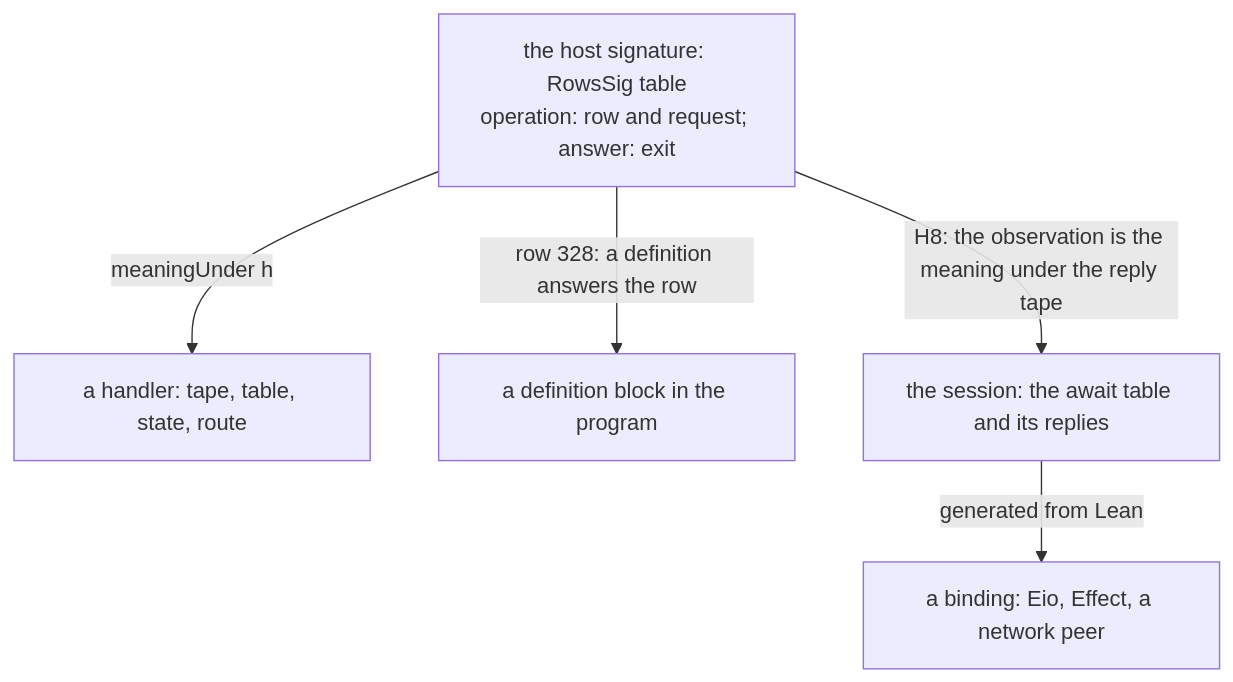
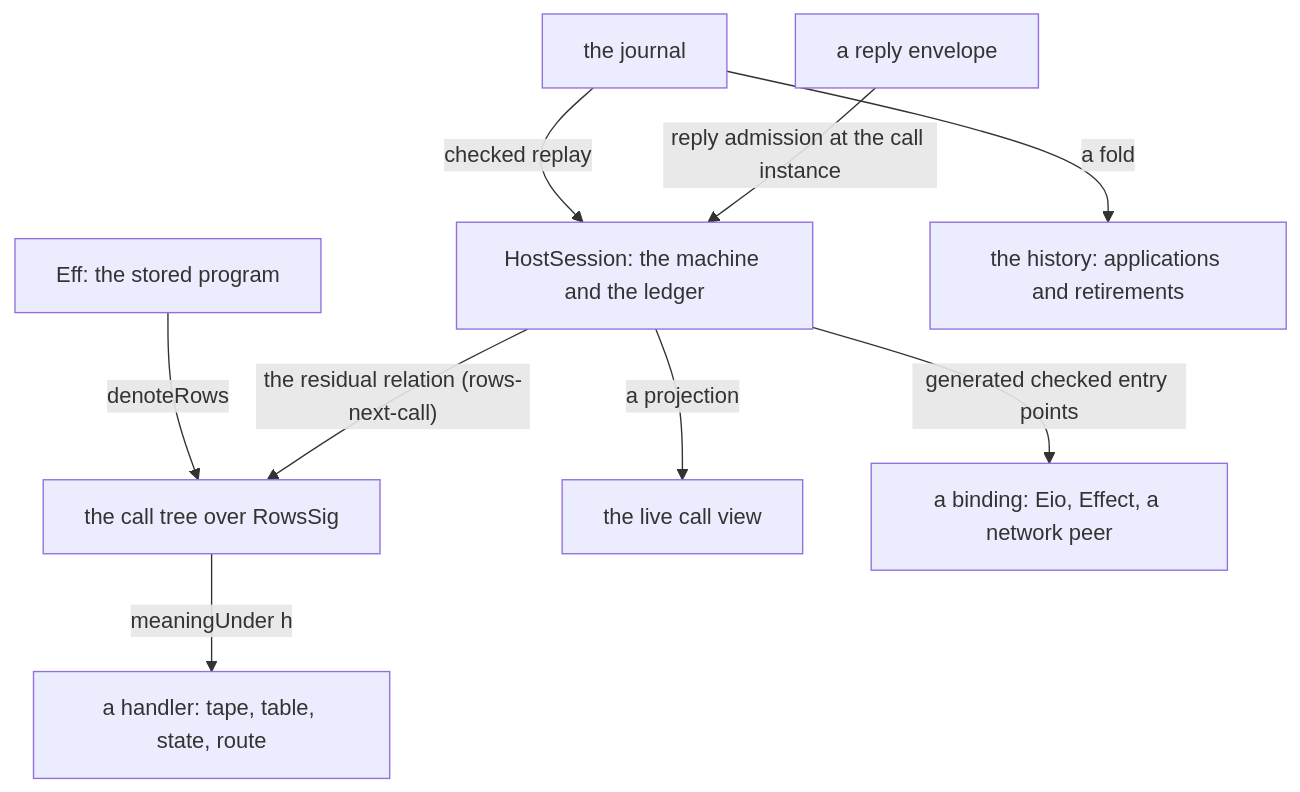
One commit to pure-algebra/lean4-effect4 changed the diagram in docs/research/2026-10-09-host-calls-and-cleanup.md. Above: the diagram before and after it, drawn with Mermaid. The commit also changed other lines of this file and 22 other files, not shown here.

````diff
--- a/docs/research/2026-10-09-host-calls-and-cleanup.md
+++ b/docs/research/2026-10-09-host-calls-and-cleanup.md
@@ -233,8 +261,11 @@
 ```mermaid
 flowchart TB
-  OP["the host signature: RowsSig table<br/>operation: row and request; answer: exit"]
-  OP -->|"meaningUnder h"| H["a handler: tape, table, state, route"]
-  OP -->|"row 328: a definition answers the row"| D["a definition block in the program"]
-  OP -->|"H8: the observation is the meaning under the reply tape"| S["the session: the await table and its replies"]
-  S -->|"generated from Lean"| B["a binding: Eio, Effect, a network peer"]
+  P["Eff: the stored program"] -->|"denoteRows"| T["the call tree over RowsSig"]
+  J["the journal"] -->|"checked replay"| S["HostSession: the machine and the ledger"]
+  S -->|"the residual relation (rows-next-call)"| T
+  S -->|"a projection"| V["the live call view"]
+  J -->|"a fold"| HI["the history: applications and retirements"]
+  E["a reply envelope"] -->|"reply admission at the call instance"| S
+  T -->|"meaningUnder h"| H["a handler: tape, table, state, route"]
+  S -->|"generated checked entry points"| B["a binding: Eio, Effect, a network peer"]
 ```
````
